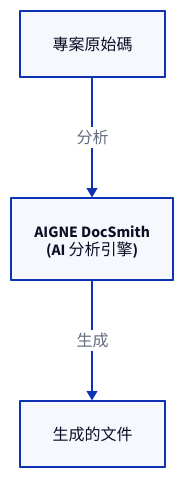
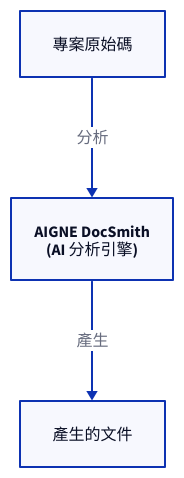
One commit to AIGNE-io/aigne-doc-smith changed the diagram in docs/overview.zh-TW.md. Above: the diagram before and after it, drawn with D2. The commit also changed other lines of this file and 25 other files, not shown here.

````diff
--- a/docs/overview.zh-TW.md
+++ b/docs/overview.zh-TW.md
@@ -11,21 +11,21 @@
 ```d2
 direction: down
 
 Source-Code: {
   label: "專案原始碼"
   shape: rectangle
 }
 
 DocSmith: {
   label: "AIGNE DocSmith\n(AI 分析引擎)"
   shape: rectangle
 }
 
 Docs: {
-  label: "生成的文件"
+  label: "產生的文件"
   shape: rectangle
 }
 
 Source-Code -> DocSmith: "分析"
-DocSmith -> Docs: "生成"
+DocSmith -> Docs: "產生"
 ```
````
